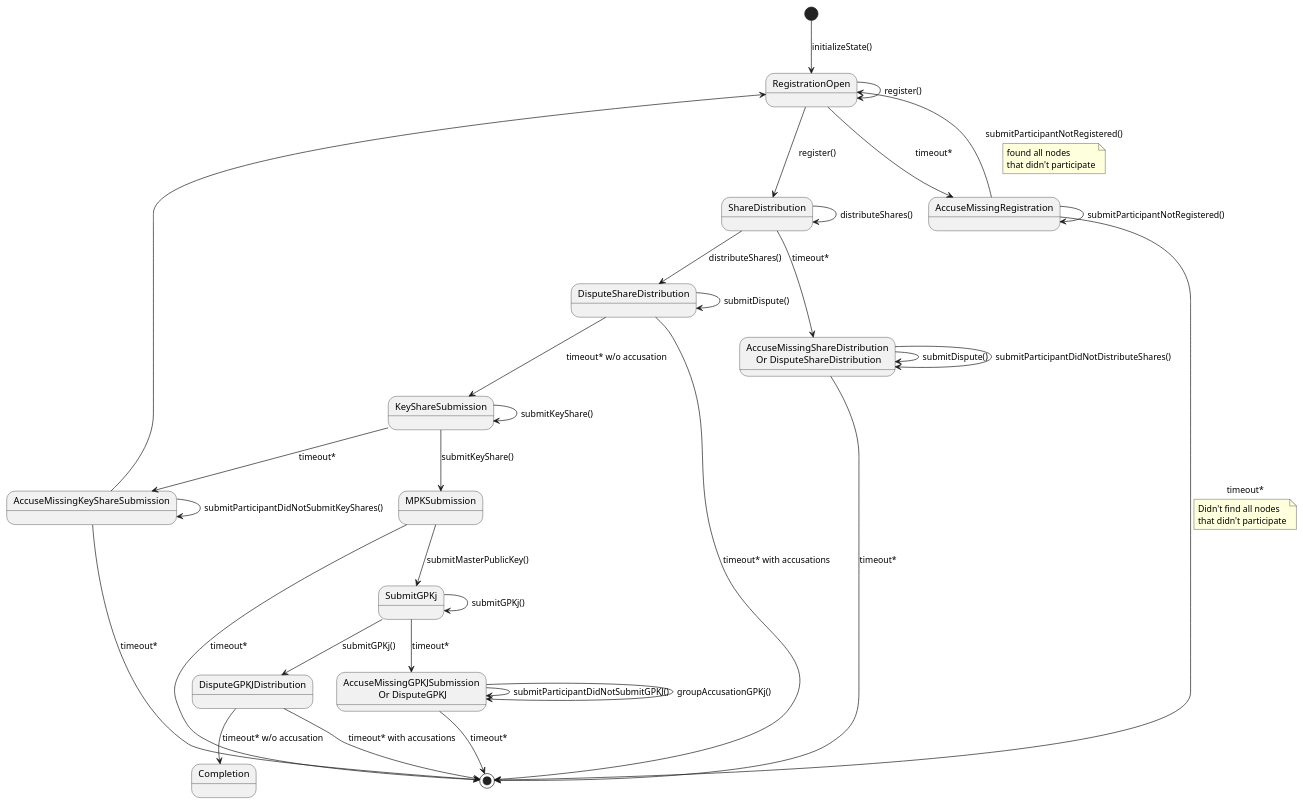
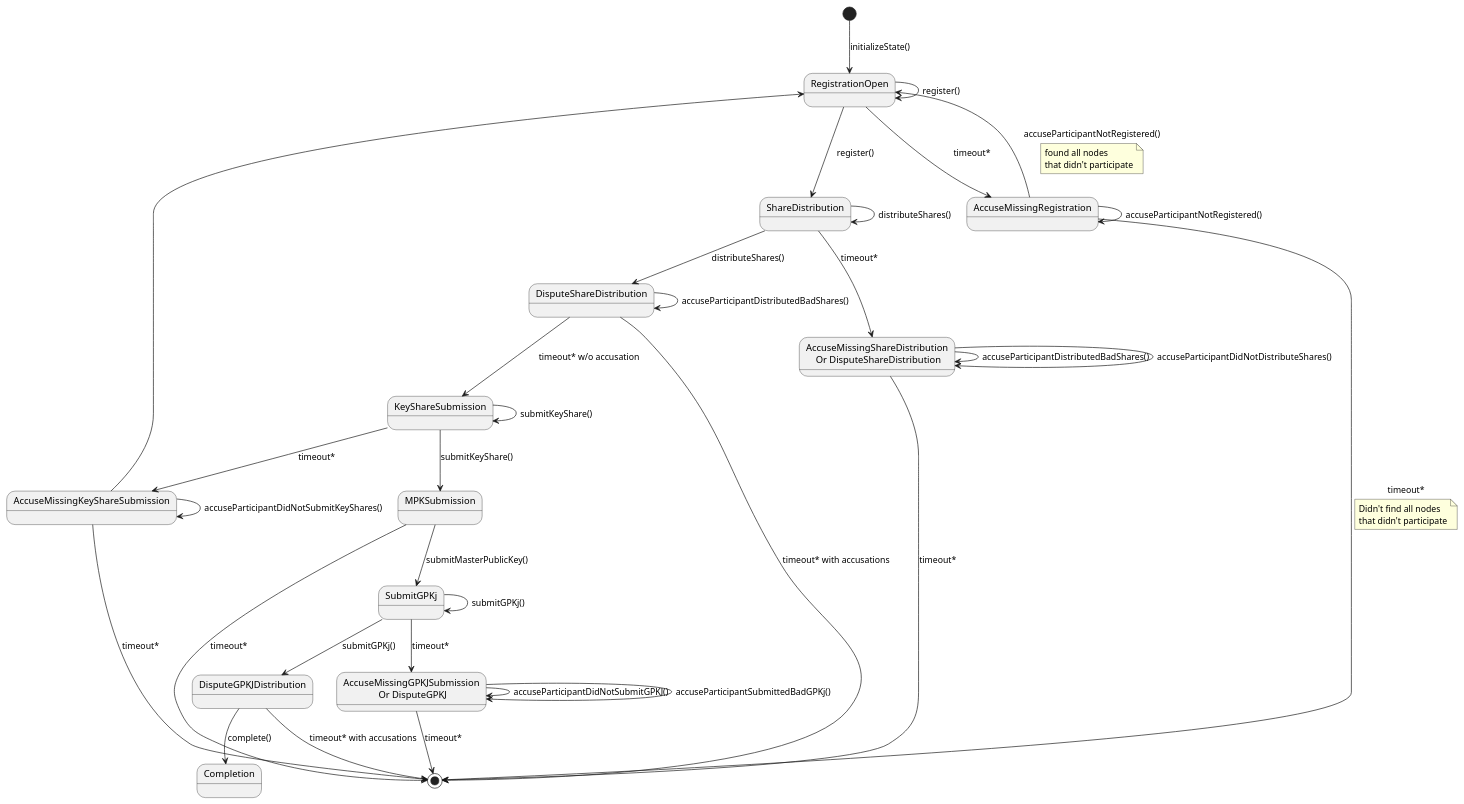
Before and after one commit to MadBase/bridge: the diagram in docs/ethdkg_state_machine.puml, drawn with PlantUML.

Commit message:
Renamed function names to be consistent with implementation, and fixed state transition from DisputeGPKjDistribution -> Completion

```diff
--- a/docs/ethdkg_state_machine.puml
+++ b/docs/ethdkg_state_machine.puml
@@ -1,59 +1,59 @@
 @startuml
 
 [*]     --> RegistrationOpen : initializeState()
 state end1 <<end>>
 skinparam state {
     EndColor Red
 }
 RegistrationOpen --> RegistrationOpen: register()
 RegistrationOpen --> ShareDistribution: register()
 RegistrationOpen --> AccuseMissingRegistration: timeout*
 
-AccuseMissingRegistration --> RegistrationOpen:submitParticipantNotRegistered()
+AccuseMissingRegistration --> RegistrationOpen:accuseParticipantNotRegistered()
 note on link : found all nodes\nthat didn't participate
-AccuseMissingRegistration --> AccuseMissingRegistration: submitParticipantNotRegistered()
+AccuseMissingRegistration --> AccuseMissingRegistration: accuseParticipantNotRegistered()
 AccuseMissingRegistration --> end1: timeout*
 note on link : Didn't find all nodes\nthat didn't participate
 
 ShareDistribution --> ShareDistribution: distributeShares()
 ShareDistribution --> DisputeShareDistribution: distributeShares()
 state "AccuseMissingShareDistribution\n Or DisputeShareDistribution"  as AccuseShareWindow
 
 ShareDistribution -->  AccuseShareWindow: timeout*
 
-AccuseShareWindow -->  AccuseShareWindow: submitDispute()
+AccuseShareWindow -->  AccuseShareWindow: accuseParticipantDistributedBadShares()
 AccuseShareWindow -->end1: timeout*
-AccuseShareWindow -->  AccuseShareWindow: submitParticipantDidNotDistributeShares()
+AccuseShareWindow -->  AccuseShareWindow: accuseParticipantDidNotDistributeShares()
 
-DisputeShareDistribution --> DisputeShareDistribution: submitDispute()
+DisputeShareDistribution --> DisputeShareDistribution: accuseParticipantDistributedBadShares()
 DisputeShareDistribution --> KeyShareSubmission:  timeout* w/o accusation
 DisputeShareDistribution --> end1: timeout* with accusations
 KeyShareSubmission --> KeyShareSubmission: submitKeyShare()
 KeyShareSubmission --> MPKSubmission: submitKeyShare()
 
 KeyShareSubmission --> AccuseMissingKeyShareSubmission: timeout*
-AccuseMissingKeyShareSubmission --> AccuseMissingKeyShareSubmission: submitParticipantDidNotSubmitKeyShares()
+AccuseMissingKeyShareSubmission --> AccuseMissingKeyShareSubmission: accuseParticipantDidNotSubmitKeyShares()
 AccuseMissingKeyShareSubmission -->RegistrationOpen
 AccuseMissingKeyShareSubmission --> end1: timeout*
 
 MPKSubmission --> SubmitGPKj: submitMasterPublicKey()
 
 MPKSubmission --> end1: timeout*
 
 SubmitGPKj --> SubmitGPKj: submitGPKj()
 
 
 state "AccuseMissingGPKJSubmission\n Or DisputeGPKJ"  as AccuseGPKJWindow
 SubmitGPKj --> AccuseGPKJWindow: timeout*
-AccuseGPKJWindow --> AccuseGPKJWindow: submitParticipantDidNotSubmitGPKJ()
-AccuseGPKJWindow --> AccuseGPKJWindow: groupAccusationGPKj()
+AccuseGPKJWindow --> AccuseGPKJWindow: accuseParticipantDidNotSubmitGPKJ()
+AccuseGPKJWindow --> AccuseGPKJWindow: accuseParticipantSubmittedBadGPKj()
 AccuseGPKJWindow --> end1: timeout*
 
 SubmitGPKj --> DisputeGPKJDistribution: submitGPKj()
 
-DisputeGPKJDistribution --> Completion: timeout* w/o accusation
+DisputeGPKJDistribution --> Completion: complete()
 DisputeGPKJDistribution --> end1: timeout* with accusations
 
 
 
 @enduml
```
